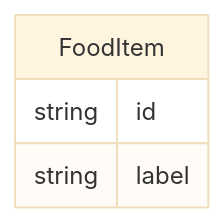
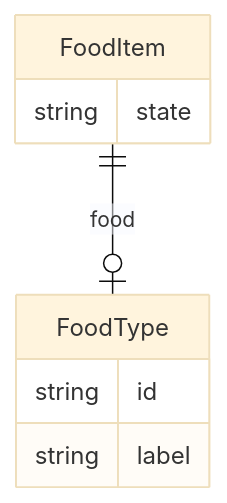
One commit to monarch-initiative/ontogpt changed the diagram in docs/recipe/FoodItem.md. Above: the diagram before and after it, drawn with Mermaid (base theme). The commit also changed other lines of this file and 93 other files, not shown here.

````diff
--- a/docs/recipe/FoodItem.md
+++ b/docs/recipe/FoodItem.md
@@ -8,10 +8,13 @@
 ```mermaid
 erDiagram
 FoodItem {
+    string state  
+}
+FoodType {
     string id  
     string label  
 }
 
-
+FoodItem ||--|o FoodType : "food"
 
 ```
````
